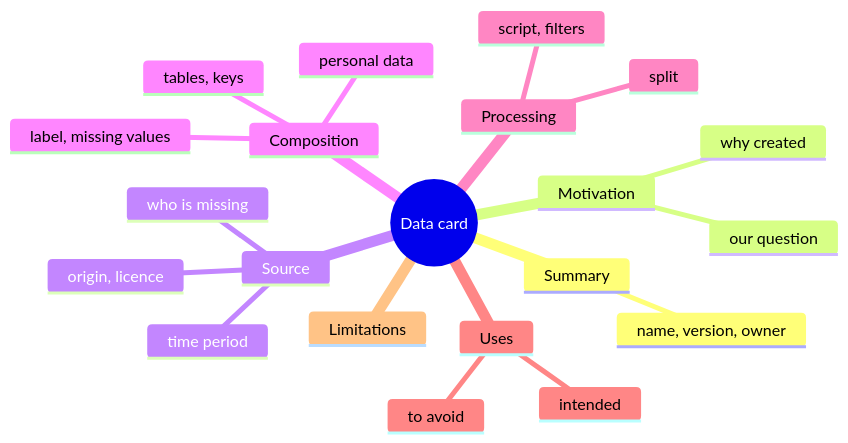
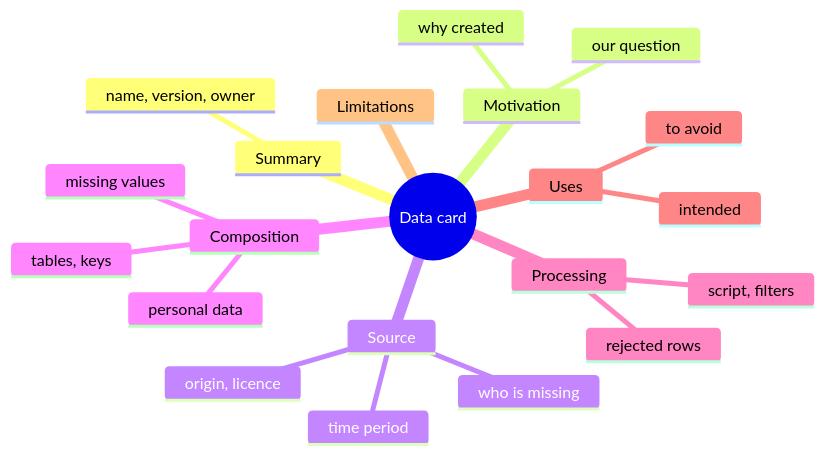
The fifth of 5 diagrams in sessions/03-sql-and-polars/theory/02-sql-from-python-and-ingestion.md (khoadaniel/statistical-programming-mpmd-htw-ws-2026), drawn with Mermaid before and after one commit. The commit also changed other lines of this file and 160 other files, not shown here.

````diff
--- a/sessions/03-sql-and-polars/theory/02-sql-from-python-and-ingestion.md
+++ b/sessions/03-sql-and-polars/theory/02-sql-from-python-and-ingestion.md
@@ -342,24 +394,24 @@
 ```mermaid
 mindmap
   root((Data card))
     Summary
       name, version, owner
     Motivation
       why created
       our question
     Source
       origin, licence
       time period
       who is missing
     Composition
       tables, keys
-      label, missing values
+      missing values
       personal data
     Processing
       script, filters
-      split
+      rejected rows
     Uses
       intended
       to avoid
     Limitations
 ```
````
